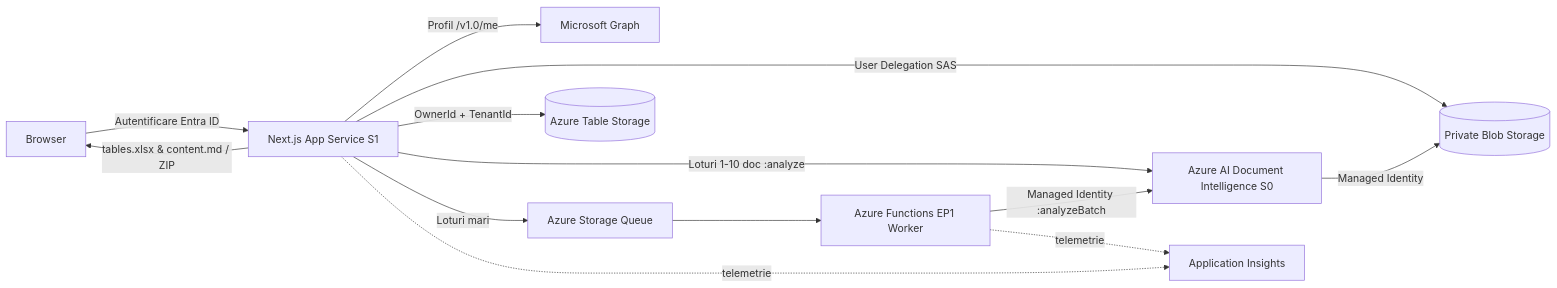
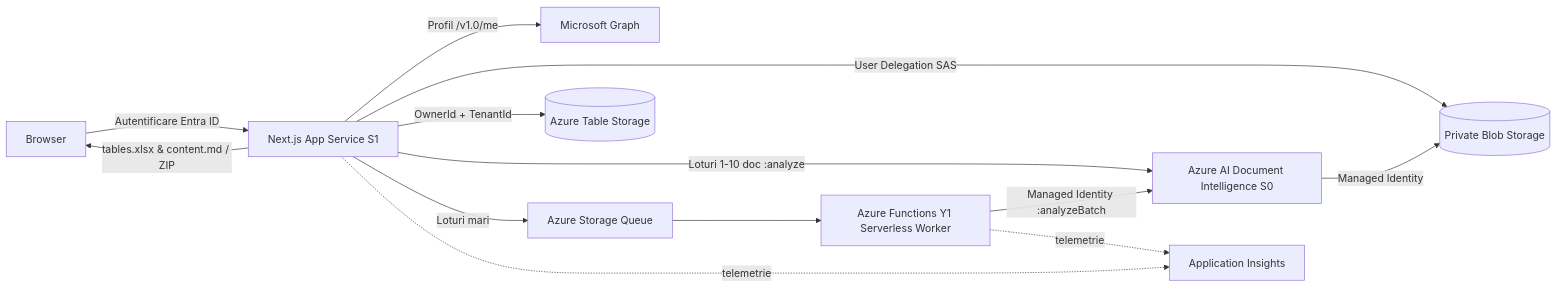
One commit to eduardplesu/mfib-document-processor changed the diagram in README.md. Above: the diagram before and after it, drawn with Mermaid. The commit also changed other lines of this file and 7 other files, not shown here.

Commit message:
Switch Functions plan to Serverless Consumption (Y1) and add B2B Guest user support

````diff
--- a/README.md
+++ b/README.md
@@ -32,15 +32,15 @@
 ```mermaid
 flowchart LR
   Browser -->|Autentificare Entra ID| App[Next.js App Service S1]
   App -->|Profil /v1.0/me| Graph[Microsoft Graph]
   App -->|User Delegation SAS| Blob[(Private Blob Storage)]
   App -->|OwnerId + TenantId| Tables[(Azure Table Storage)]
   App -->|Loturi 1-10 doc :analyze| DI[Azure AI Document Intelligence S0]
   App -->|Loturi mari| Queue[Azure Storage Queue]
-  Queue --> Worker[Azure Functions EP1 Worker]
+  Queue --> Worker[Azure Functions Y1 Serverless Worker]
   Worker -->|Managed Identity :analyzeBatch| DI
   DI -->|Managed Identity| Blob
   App -->|tables.xlsx & content.md / ZIP| Browser
   App -. telemetrie .-> Insights[Application Insights]
   Worker -. telemetrie .-> Insights
 ```
````
